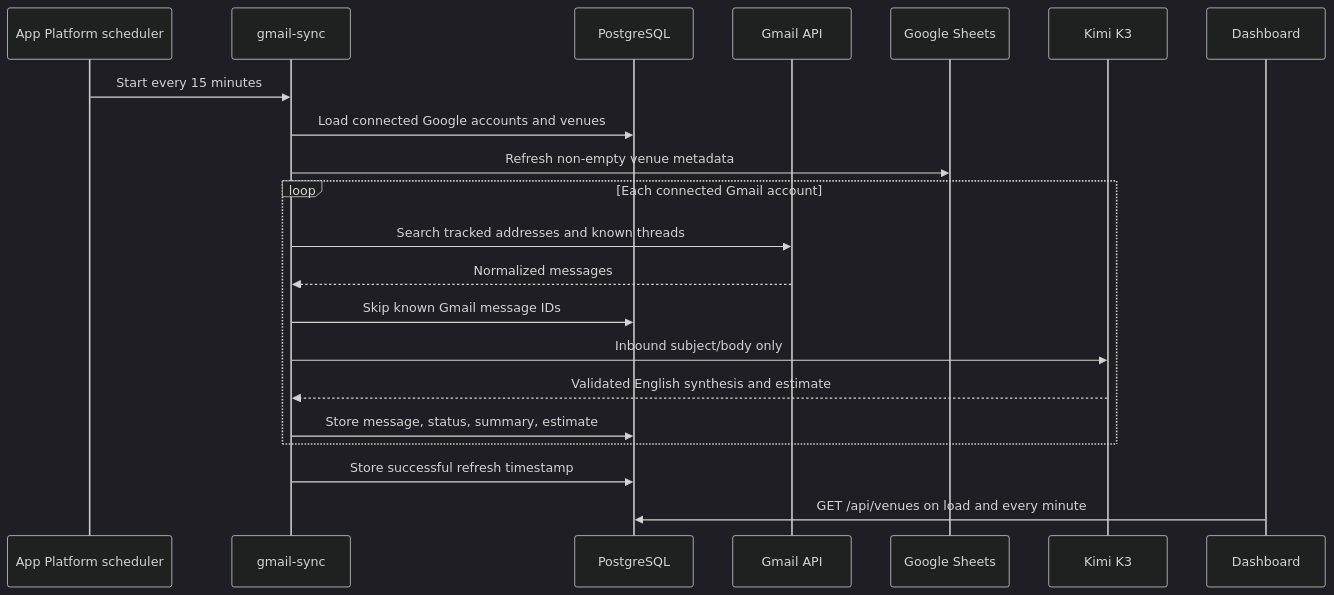
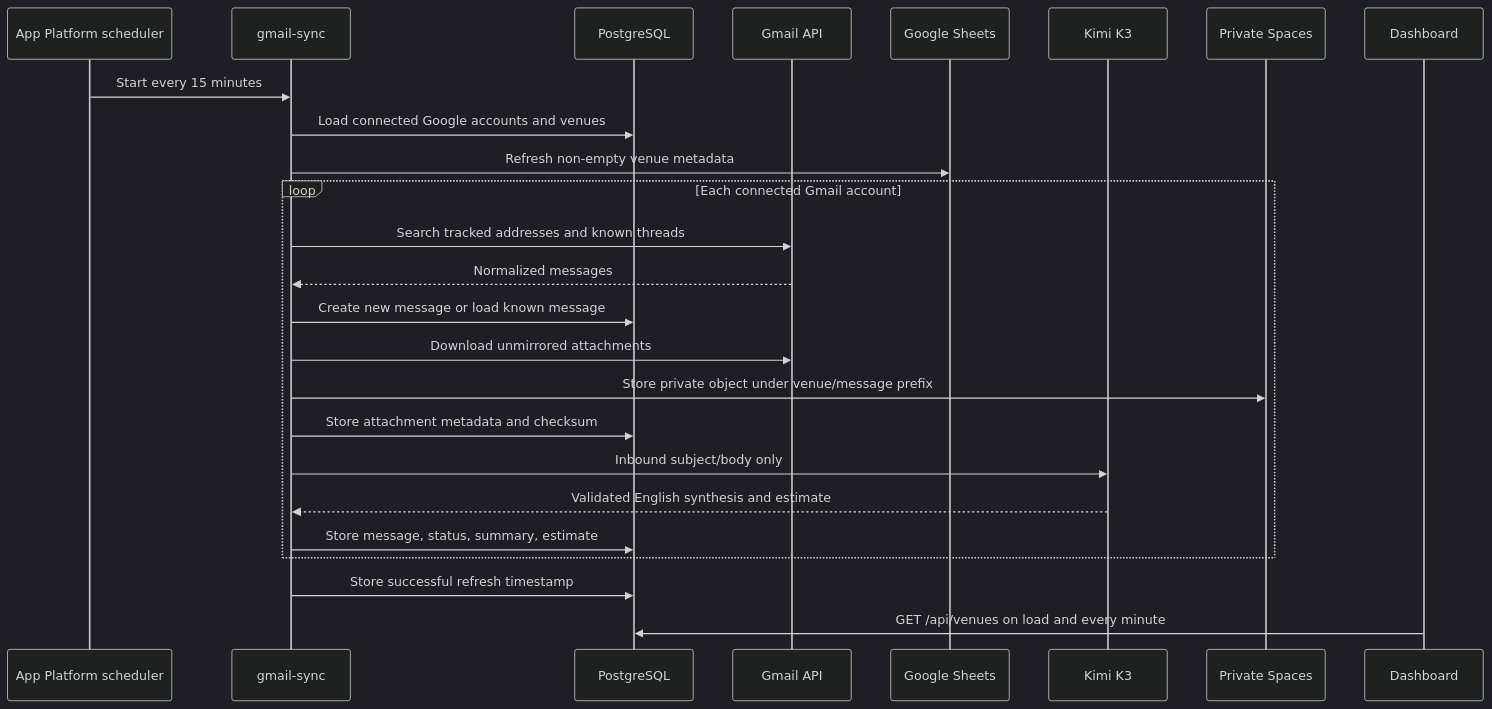
Before and after one commit to ralphieninefo/rkwedding: the fourth of 6 diagrams in docs/ARCHITECTURE.md, drawn with Mermaid (dark theme). The commit also changed other lines of this file and 19 other files, not shown here.

Commit message:
Add private venue document storage and harden Gmail flows

````diff
--- a/docs/ARCHITECTURE.md
+++ b/docs/ARCHITECTURE.md
@@ -159,24 +181,28 @@
 ```mermaid
 sequenceDiagram
     participant Cron as App Platform scheduler
     participant Job as gmail-sync
     participant DB as PostgreSQL
     participant Gmail as Gmail API
     participant Sheet as Google Sheets
     participant Kimi as Kimi K3
+    participant Spaces as Private Spaces
     participant UI as Dashboard
 
     Cron->>Job: Start every 15 minutes
     Job->>DB: Load connected Google accounts and venues
     Job->>Sheet: Refresh non-empty venue metadata
     loop Each connected Gmail account
         Job->>Gmail: Search tracked addresses and known threads
         Gmail-->>Job: Normalized messages
-        Job->>DB: Skip known Gmail message IDs
+        Job->>DB: Create new message or load known message
+        Job->>Gmail: Download unmirrored attachments
+        Job->>Spaces: Store private object under venue/message prefix
+        Job->>DB: Store attachment metadata and checksum
         Job->>Kimi: Inbound subject/body only
         Kimi-->>Job: Validated English synthesis and estimate
         Job->>DB: Store message, status, summary, estimate
     end
     Job->>DB: Store successful refresh timestamp
     UI->>DB: GET /api/venues on load and every minute
 ```
````
